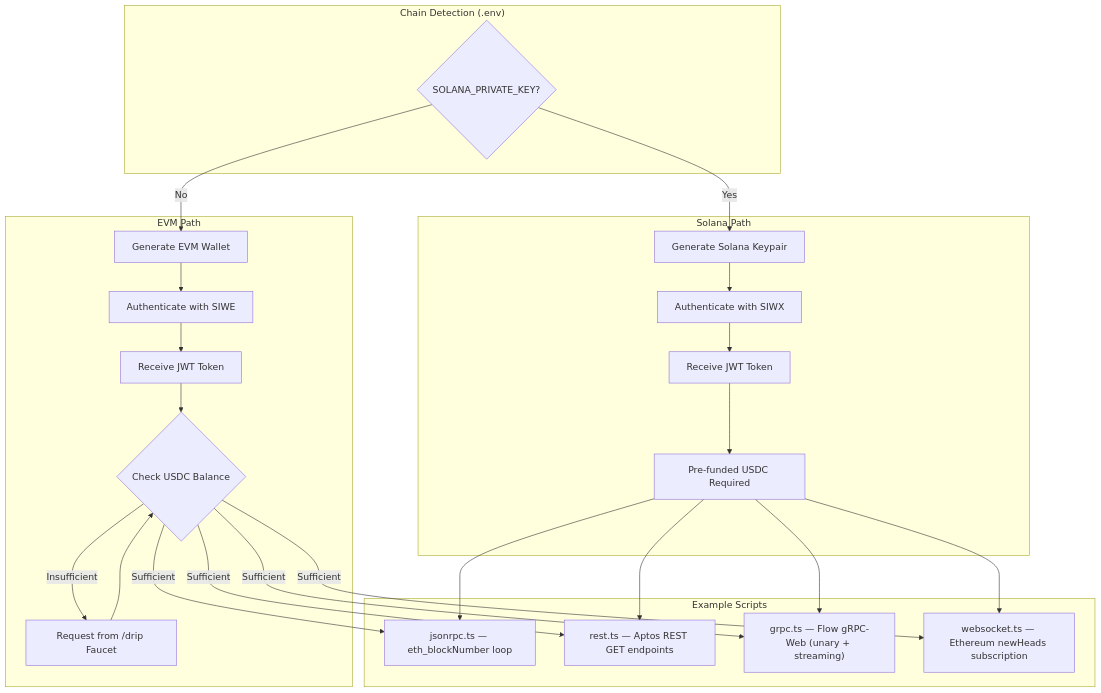
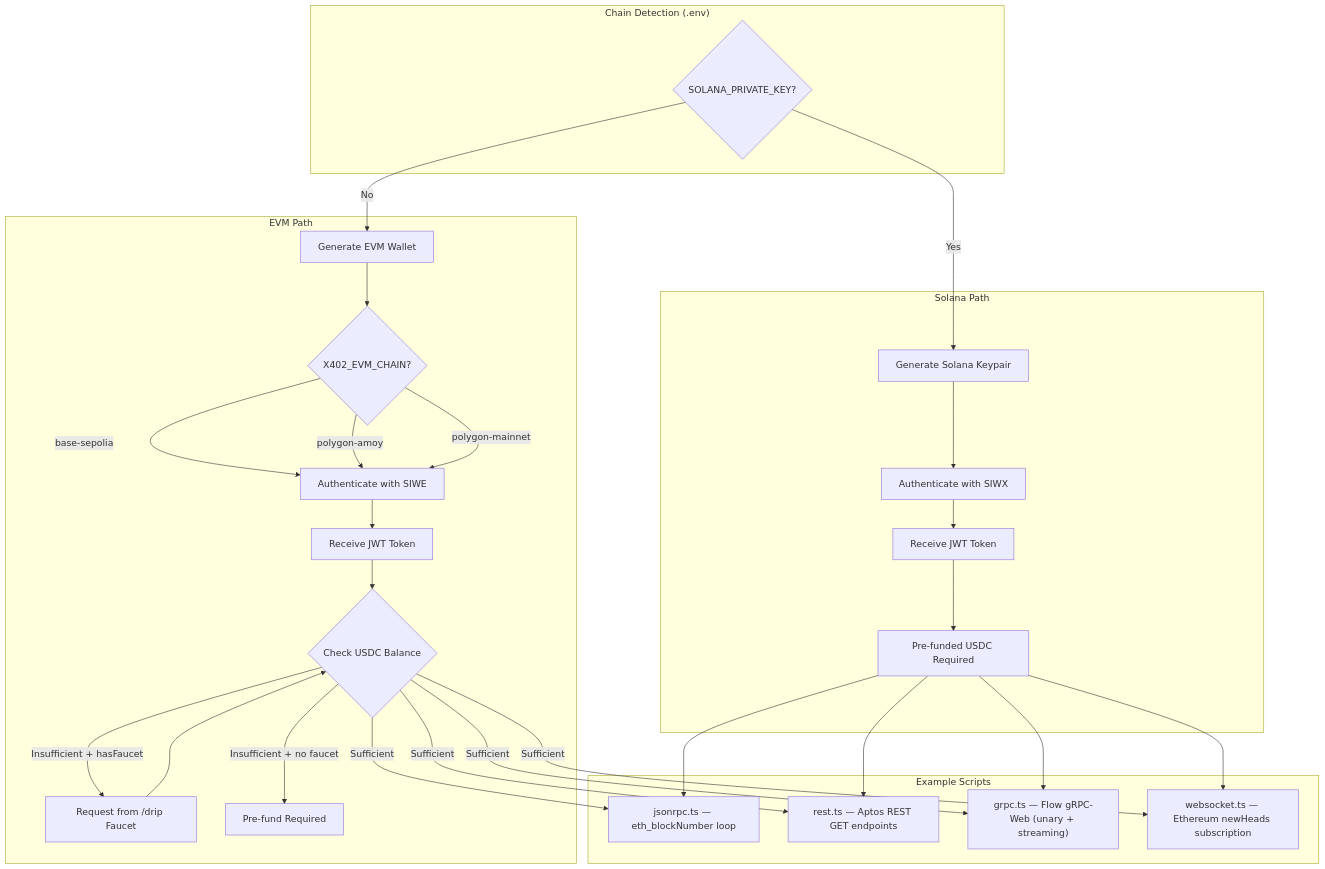
The diagram in README.md (quiknode-labs/qn-x402-examples), drawn with Mermaid before and after one commit. The commit also changed other lines of this file and 10 other files, not shown here.

````diff
--- a/README.md
+++ b/README.md
@@ -9,34 +9,38 @@
 ```mermaid
 flowchart TB
     subgraph Detection["Chain Detection (.env)"]
         D{SOLANA_PRIVATE_KEY?}
     end
 
     subgraph EVM["EVM Path"]
-        EA[Generate EVM Wallet] --> EB[Authenticate with SIWE]
+        EA[Generate EVM Wallet] --> EX{X402_EVM_CHAIN?}
+        EX -->|base-sepolia| EB[Authenticate with SIWE]
+        EX -->|polygon-amoy| EB
+        EX -->|polygon-mainnet| EB
         EB --> EC[Receive JWT Token]
         EC --> ED{Check USDC Balance}
-        ED -->|Insufficient| EE[Request from /drip Faucet]
+        ED -->|Insufficient + hasFaucet| EE[Request from /drip Faucet]
         EE --> ED
+        ED -->|Insufficient + no faucet| EF[Pre-fund Required]
     end
 
     subgraph Solana["Solana Path"]
         SA[Generate Solana Keypair] --> SB[Authenticate with SIWX]
         SB --> SC[Receive JWT Token]
         SC --> SD[Pre-funded USDC Required]
     end
 
     D -->|Yes| SA
     D -->|No| EA
 
     subgraph Scripts["Example Scripts"]
         ED -->|Sufficient| G["jsonrpc.ts — eth_blockNumber loop"]
         ED -->|Sufficient| H["rest.ts — Aptos REST GET endpoints"]
         ED -->|Sufficient| I["grpc.ts — Flow gRPC-Web (unary + streaming)"]
         ED -->|Sufficient| J["websocket.ts — Ethereum newHeads subscription"]
         SD --> G
         SD --> H
         SD --> I
         SD --> J
     end
 ```
````
